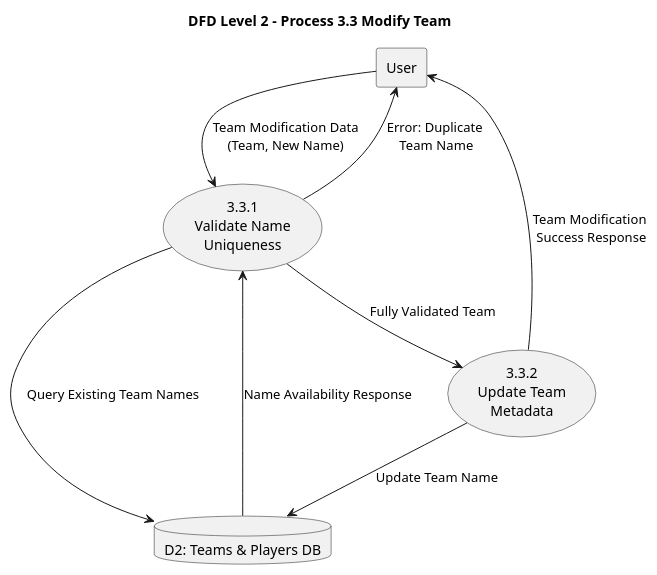
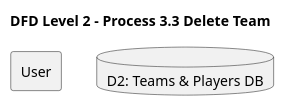
Diagram 12 of 13 in DFD.md (IngSoft1-futbot/ProyectDoc-Ing-Soft2026), drawn with PlantUML before and after one commit. The commit also changed other lines of this file, not shown here.

Commit message:
Improved inconsistencies between files

````diff
--- a/DFD.md
+++ b/DFD.md
@@ -304,24 +304,9 @@
 ```plantuml
 @startuml
-title DFD Level 2 - Process 3.3 Modify Team
+title DFD Level 2 - Process 3.3 Delete Team
 
 rectangle "User" as Us
 database "D2: Teams & Players DB" as DB2
 
-usecase "3.3.1\nValidate Name\nUniqueness" as P1
-usecase "3.3.2\nUpdate Team\nMetadata" as P3
-
-' Step 1: Name Uniqueness Check
-Us --> P1 : Team Modification Data\n(Team, New Name)
-P1 --> DB2 : Query Existing Team Names
-DB2 --> P1 : Name Availability Response
-P1 --> Us : Error: Duplicate\n Team Name
-
-P1 --> P3 : Fully Validated Team
-
-' Step 3: Database Persistence
-P3 --> DB2 : Update Team Name
-P3 --> Us : Team Modification\n Success Response
-
 @enduml
 ```
````
